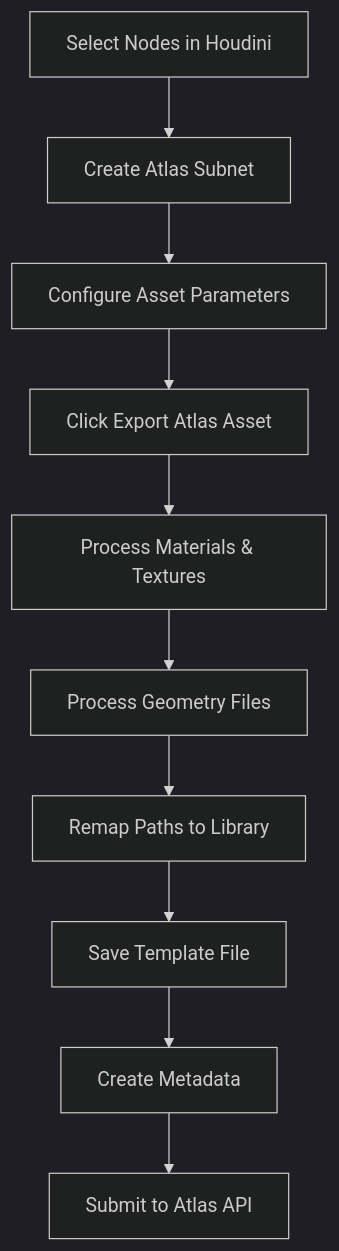
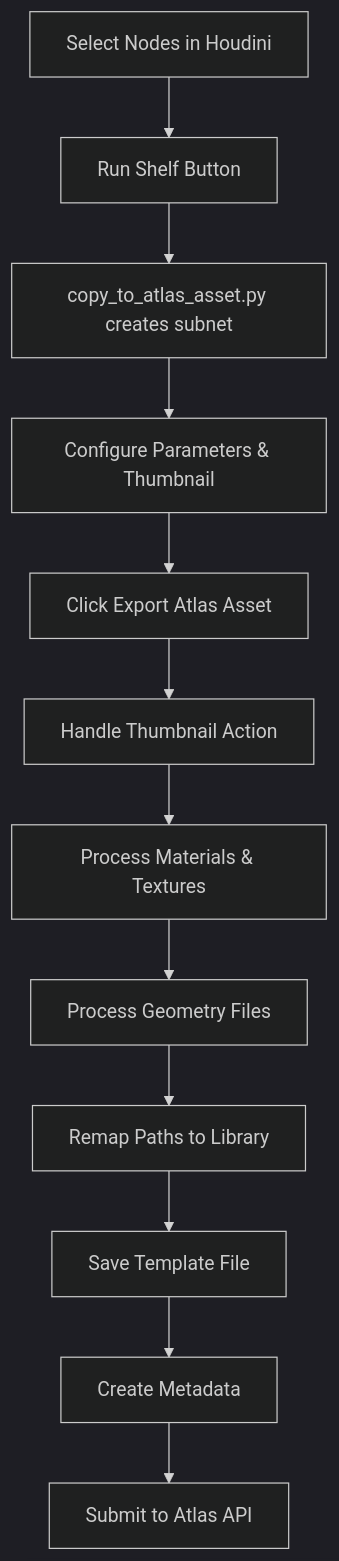
Before and after one commit to alex-parks/Atlas-Library: the diagram in docs/houdini/HOUDINIAE_UNDERSTANDING.md, drawn with Mermaid (dark theme). The commit also changed other lines of this file and 8 other files, not shown here.

````diff
--- a/docs/houdini/HOUDINIAE_UNDERSTANDING.md
+++ b/docs/houdini/HOUDINIAE_UNDERSTANDING.md
@@ -32,12 +32,14 @@
 ```mermaid
 graph TD
-    A[Select Nodes in Houdini] --> B[Create Atlas Subnet]
-    B --> C[Configure Asset Parameters]
-    C --> D[Click Export Atlas Asset]
-    D --> E[Process Materials & Textures]
-    E --> F[Process Geometry Files]
-    F --> G[Remap Paths to Library]
-    G --> H[Save Template File]
-    H --> I[Create Metadata]
-    I --> J[Submit to Atlas API]
+    A[Select Nodes in Houdini] --> B[Run Shelf Button]
+    B --> C[copy_to_atlas_asset.py creates subnet]
+    C --> D[Configure Parameters & Thumbnail]
+    D --> E[Click Export Atlas Asset]
+    E --> F[Handle Thumbnail Action]
+    F --> G[Process Materials & Textures]
+    G --> H[Process Geometry Files]
+    H --> I[Remap Paths to Library]
+    I --> J[Save Template File]
+    J --> K[Create Metadata]
+    K --> L[Submit to Atlas API]
 ```
````
